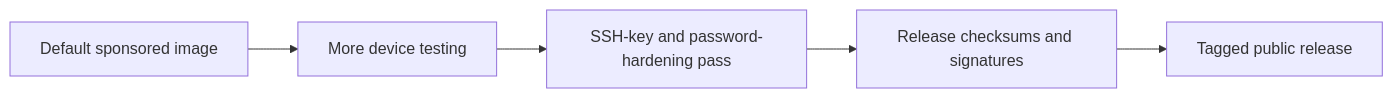
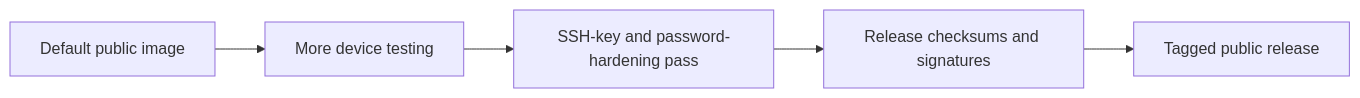
The seventh of 7 diagrams in README.md (ToniMcQueen/oneplus6t-install-linux-Arch-on-arm-845), drawn with Mermaid before and after one commit. The commit also changed other lines of this file, not shown here.

Commit message:
docs: clean public release README wording

````diff
--- a/README.md
+++ b/README.md
@@ -1968,7 +1976,7 @@
 ```mermaid
 flowchart LR
-  Ready[Default sponsored image] --> Test[More device testing]
+  Ready[Default public image] --> Test[More device testing]
   Test --> Harden[SSH-key and password-hardening pass]
   Harden --> Sign[Release checksums and signatures]
   Sign --> Publish[Tagged public release]
 ```
````
